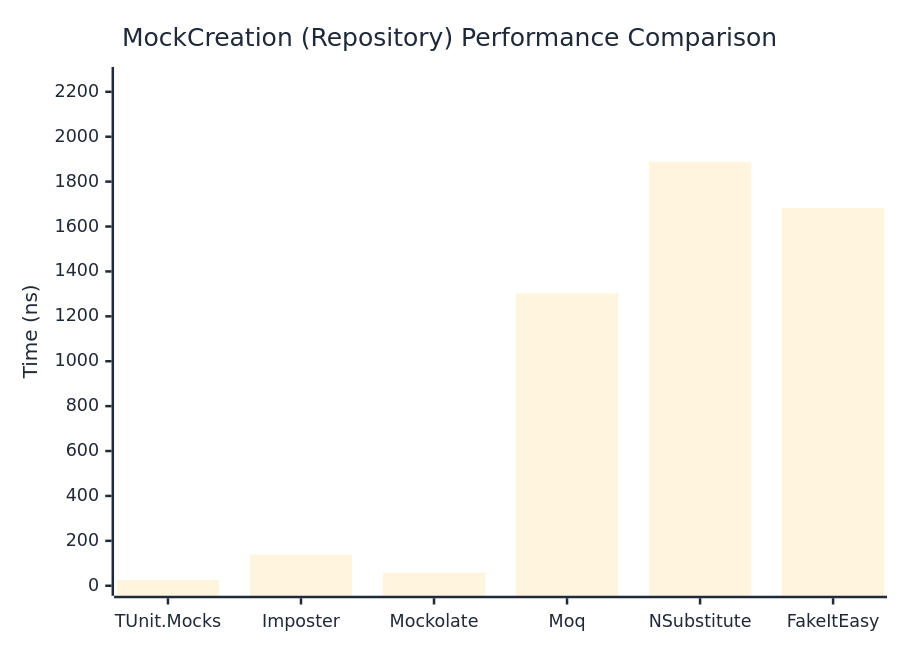
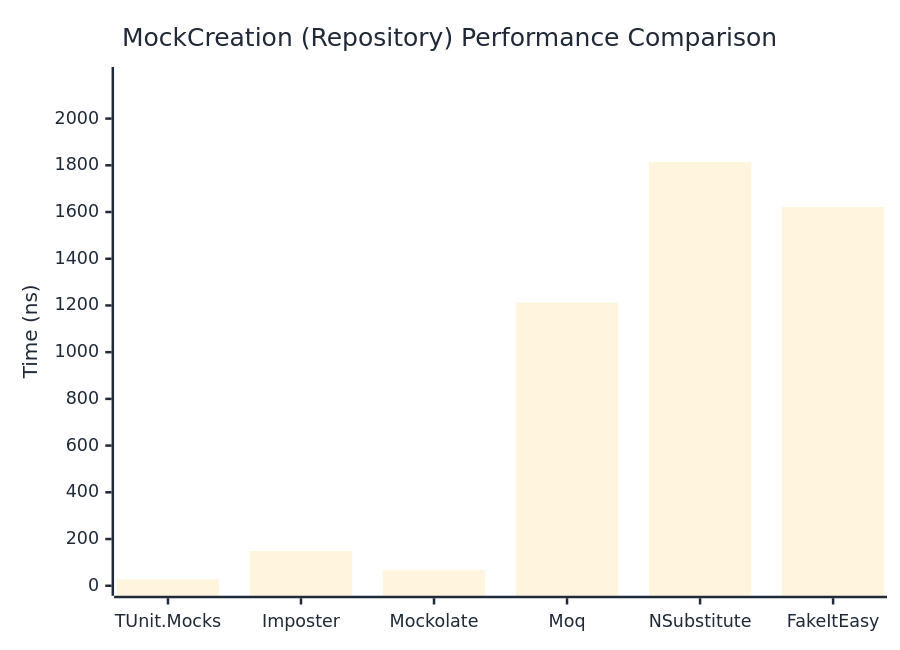
The second of 2 diagrams in docs/docs/benchmarks/mocks/MockCreation.md (thomhurst/TUnit), drawn with Mermaid before and after one commit. The commit also changed other lines of this file and 14 other files, not shown here.

````diff
--- a/docs/docs/benchmarks/mocks/MockCreation.md
+++ b/docs/docs/benchmarks/mocks/MockCreation.md
@@ -71,27 +71,27 @@
 ```mermaid
 %%{init: {
   'theme':'base',
   'themeVariables': {
     'primaryColor': '#2563eb',
     'primaryTextColor': '#1f2937',
     'primaryBorderColor': '#1e40af',
     'lineColor': '#6b7280',
     'secondaryColor': '#7c3aed',
     'tertiaryColor': '#dc2626',
     'background': '#ffffff',
     'pie1': '#2563eb',
     'pie2': '#7c3aed',
     'pie3': '#dc2626',
     'pie4': '#f59e0b',
     'pie5': '#10b981',
     'pie6': '#06b6d4',
     'pie7': '#ec4899',
     'pie8': '#6366f1'
   }
 }}%%
 xychart-beta
   title "MockCreation (Repository) Performance Comparison"
   x-axis ["TUnit.Mocks", "Imposter", "Mockolate", "Moq", "NSubstitute", "FakeItEasy"]
-  y-axis "Time (ns)" 0 --> 2266
-  bar [24.68, 139.12, 58.07, 1302.79, 1888.22, 1683.5]
+  y-axis "Time (ns)" 0 --> 2178
+  bar [27.61, 148.97, 66.82, 1212.39, 1814.22, 1620.91]
 ```
````
